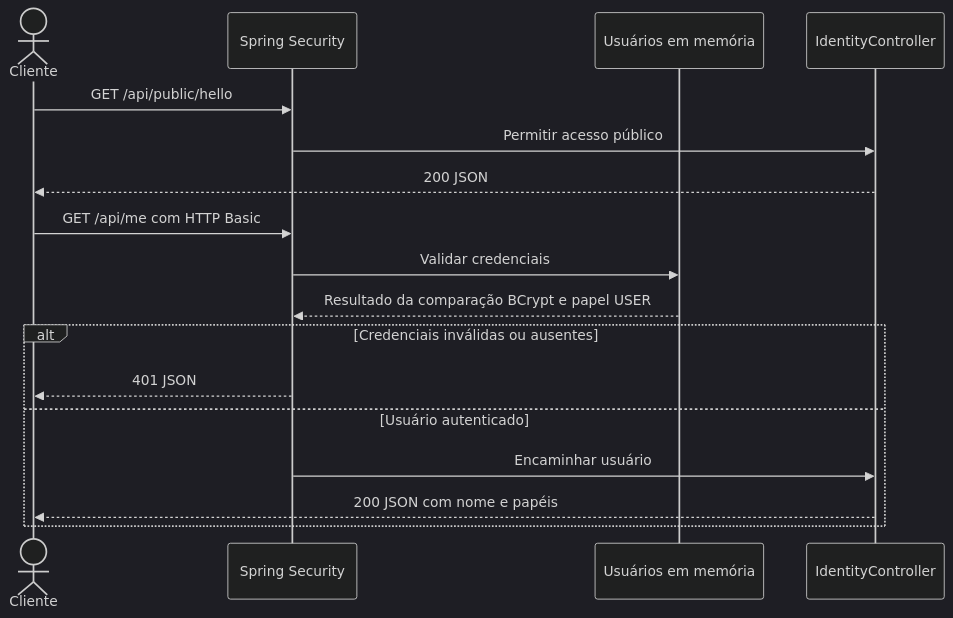
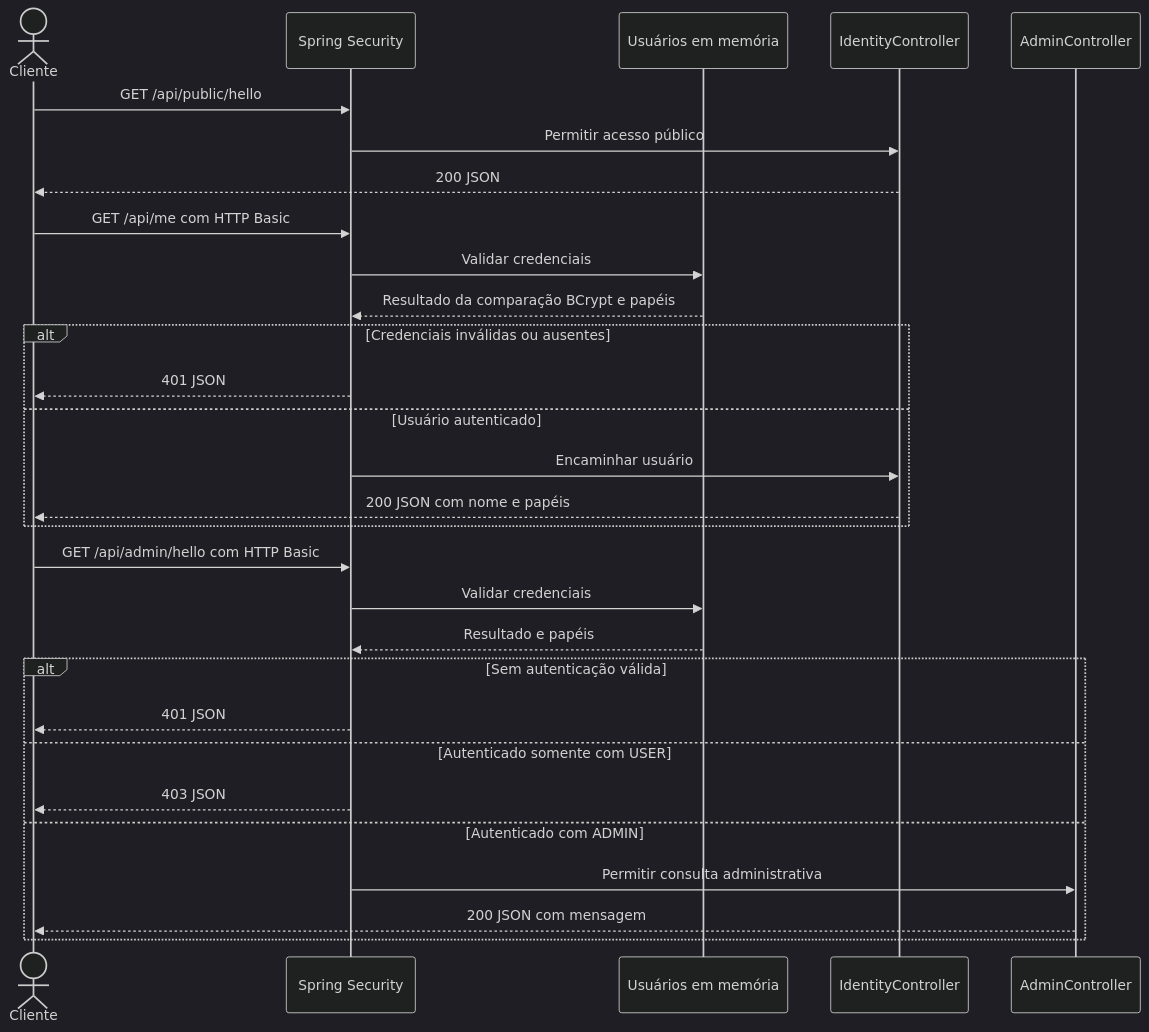
One commit to Emersonfarias93/spring-security changed the third of 3 diagrams in docs/diagramas.md. Above: the diagram before and after it, drawn with Mermaid (dark theme). The commit also changed other lines of this file and 7 other files, not shown here.

Commit message:
feat: restringir consulta administrativa ao perfil ADMIN

````diff
--- a/docs/diagramas.md
+++ b/docs/diagramas.md
@@ -51,21 +59,34 @@
 ```mermaid
 sequenceDiagram
     actor Cliente
     participant Seguranca as Spring Security
     participant Usuarios as Usuários em memória
     participant API as IdentityController
+    participant Admin as AdminController
 
     Cliente->>Seguranca: GET /api/public/hello
     Seguranca->>API: Permitir acesso público
     API-->>Cliente: 200 JSON
 
     Cliente->>Seguranca: GET /api/me com HTTP Basic
     Seguranca->>Usuarios: Validar credenciais
-    Usuarios-->>Seguranca: Resultado da comparação BCrypt e papel USER
+    Usuarios-->>Seguranca: Resultado da comparação BCrypt e papéis
     alt Credenciais inválidas ou ausentes
         Seguranca-->>Cliente: 401 JSON
     else Usuário autenticado
         Seguranca->>API: Encaminhar usuário
         API-->>Cliente: 200 JSON com nome e papéis
     end
+
+    Cliente->>Seguranca: GET /api/admin/hello com HTTP Basic
+    Seguranca->>Usuarios: Validar credenciais
+    Usuarios-->>Seguranca: Resultado e papéis
+    alt Sem autenticação válida
+        Seguranca-->>Cliente: 401 JSON
+    else Autenticado somente com USER
+        Seguranca-->>Cliente: 403 JSON
+    else Autenticado com ADMIN
+        Seguranca->>Admin: Permitir consulta administrativa
+        Admin-->>Cliente: 200 JSON com mensagem
+    end
 ```
````
